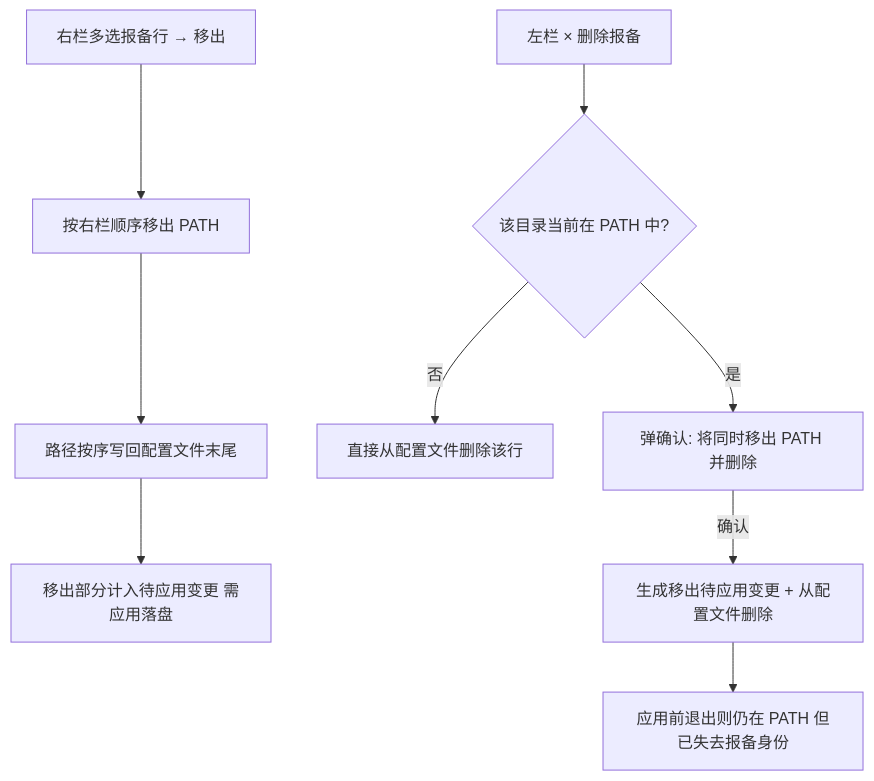
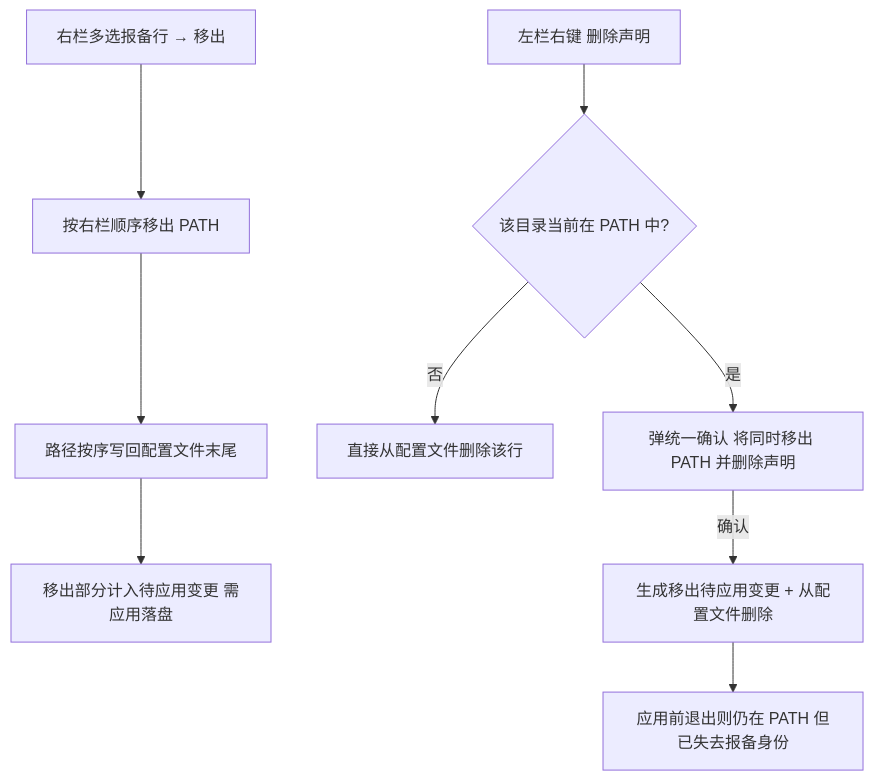
The third of 8 diagrams in design/Design Doc.md (Adrts/tool2path), drawn with Mermaid before and after one commit. The commit also changed other lines of this file and 1 other file, not shown here.

````diff
--- a/design/Design Doc.md
+++ b/design/Design Doc.md
@@ -430,11 +431,11 @@
 ```mermaid
 flowchart TD
   A[右栏多选报备行 → 移出] --> B[按右栏顺序移出 PATH]
   B --> C[路径按序写回配置文件末尾]
   C --> D[移出部分计入待应用变更 需应用落盘]
-  E[左栏 × 删除报备] --> F{该目录当前在 PATH 中?}
+  E[左栏右键 删除声明] --> F{该目录当前在 PATH 中?}
   F -- 否 --> G[直接从配置文件删除该行]
-  F -- 是 --> H[弹确认: 将同时移出 PATH 并删除]
+  F -- 是 --> H[弹统一确认 将同时移出 PATH 并删除声明]
   H -- 确认 --> I[生成移出待应用变更 + 从配置文件删除]
   I --> J[应用前退出则仍在 PATH 但已失去报备身份]
 ```
````
